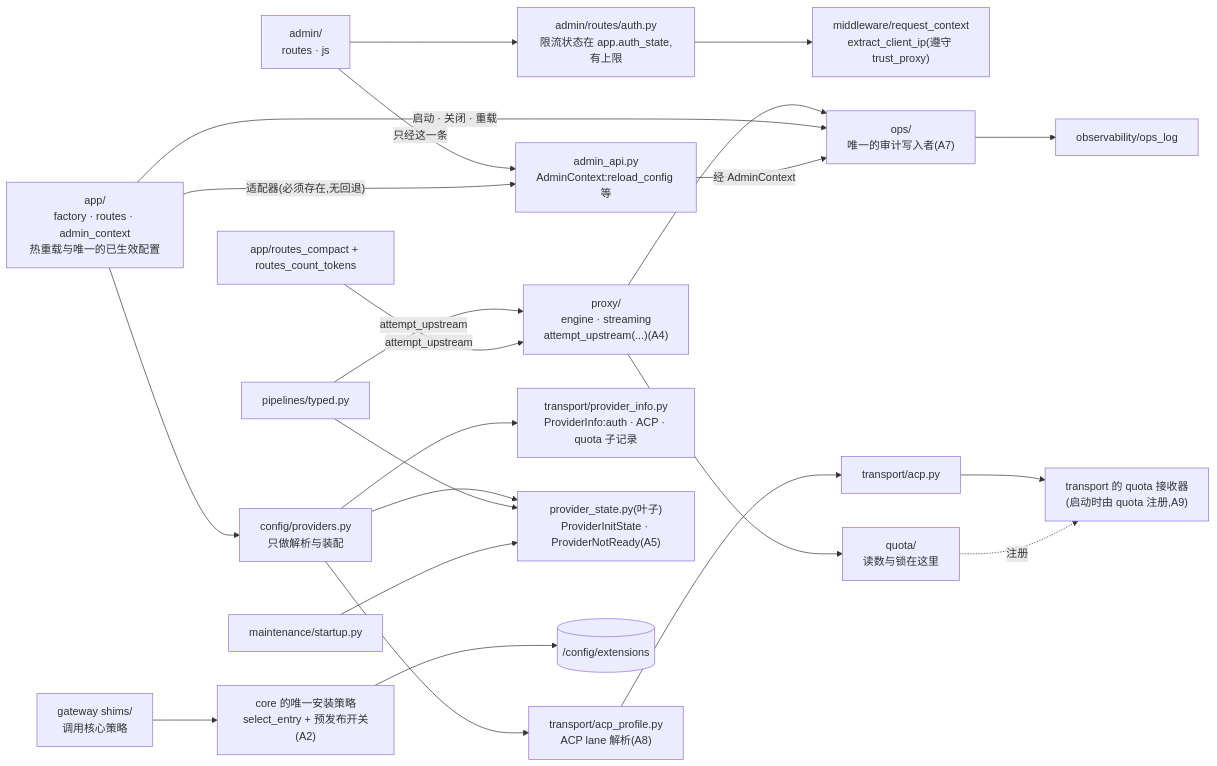
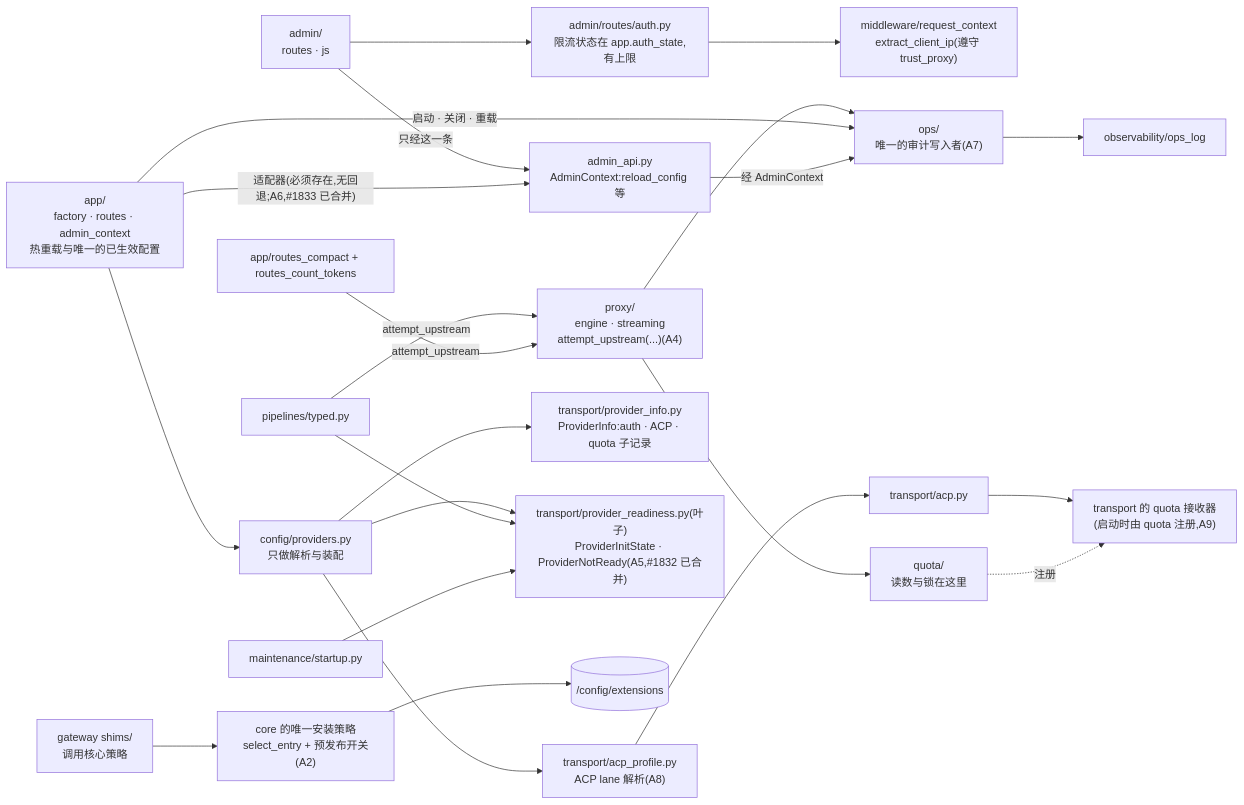
One commit to Oaklight/llm-rosetta changed the diagram in gap_ideal.mmd. Above: the diagram before and after it, drawn with Mermaid. The commit also changed 8 other files, not shown here.

Commit message:
diagrams: node runtime, extension management on the Sources tab, ProviderNotReady leaf, admin_api fallback gone (#1825-#1828, #1832-#1834)

```diff
--- a/gap_ideal.mmd
+++ b/gap_ideal.mmd
@@ -1,44 +1,44 @@
 flowchart LR
   ADMIN["admin/<br/>routes · js"]
   ADMINAPI["admin_api.py<br/>AdminContext:reload_config 等"]
   APP["app/<br/>factory · routes · admin_context<br/>热重载与唯一的已生效配置"]
   LOGIN["admin/routes/auth.py<br/>限流状态在 app.auth_state,有上限"]
   MWCTX["middleware/request_context<br/>extract_client_ip(遵守 trust_proxy)"]
   PROXY["proxy/<br/>engine · streaming<br/>attempt_upstream(...)(A4)"]
   PIPES["pipelines/typed.py"]
   RELAY["app/routes_compact + routes_count_tokens"]
   CONFIG["config/providers.py<br/>只做解析与装配"]
   ACPPROF["transport/acp_profile.py<br/>ACP lane 解析(A8)"]
   PINFO["transport/provider_info.py<br/>ProviderInfo:auth · ACP · quota 子记录"]
   TRANSPORT["transport/acp.py"]
   SINK["transport 的 quota 接收器<br/>(启动时由 quota 注册,A9)"]
   QUOTA["quota/<br/>读数与锁在这里"]
-  PSTATE["provider_state.py(叶子)<br/>ProviderInitState · ProviderNotReady(A5)"]
+  PSTATE["transport/provider_readiness.py(叶子)<br/>ProviderInitState · ProviderNotReady(A5,#1832 已合并)"]
   MAINT["maintenance/startup.py"]
   OPS["ops/<br/>唯一的审计写入者(A7)"]
   OPSLOG["observability/ops_log"]
   EXTCORE["core 的唯一安装策略<br/>select_entry + 预发布开关(A2)"]
   EXTGW["gateway shims/<br/>调用核心策略"]
   EXTDIR[("/config/extensions")]
   ADMIN -->|"只经这一条"| ADMINAPI
-  APP -->|"适配器(必须存在,无回退)"| ADMINAPI
+  APP -->|"适配器(必须存在,无回退;A6,#1833 已合并)"| ADMINAPI
   ADMIN --> LOGIN
   LOGIN --> MWCTX
   PROXY --> QUOTA
   PIPES -->|"attempt_upstream"| PROXY
   RELAY -->|"attempt_upstream"| PROXY
   APP --> CONFIG
   CONFIG --> ACPPROF
   CONFIG --> PINFO
   ACPPROF --> TRANSPORT
   TRANSPORT --> SINK
   QUOTA -.->|"注册"| SINK
   CONFIG --> PSTATE
   PIPES --> PSTATE
   MAINT --> PSTATE
   PROXY --> OPS
   APP -->|"启动 · 关闭 · 重载"| OPS
   ADMINAPI -->|"经 AdminContext"| OPS
   OPS --> OPSLOG
   EXTGW --> EXTCORE
   EXTCORE --> EXTDIR
```
